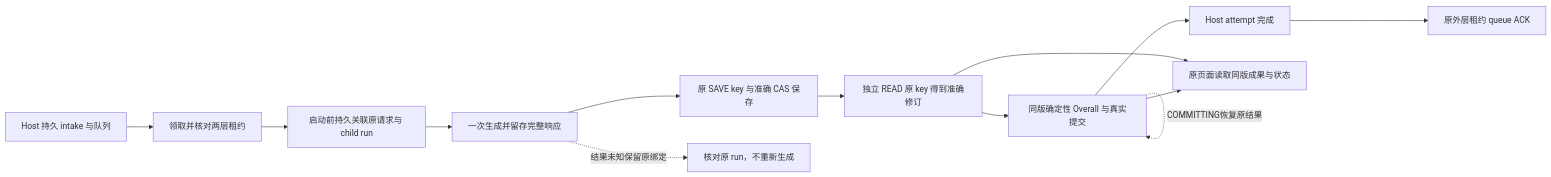
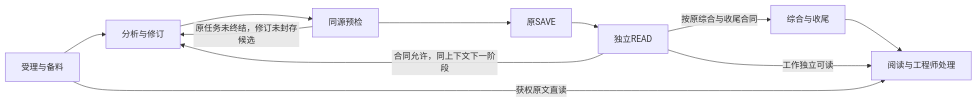
Before and after one commit to Liu-Xuan/WiseLink_Host: the second of 2 diagrams in docs/WISELINK_MAINLINE_GRAPH_CONTRACT.md, drawn with Mermaid. The commit also changed other lines of this file and 32 other files, not shown here.

````diff
--- a/docs/WISELINK_MAINLINE_GRAPH_CONTRACT.md
+++ b/docs/WISELINK_MAINLINE_GRAPH_CONTRACT.md
@@ -204,15 +37,13 @@
 ```mermaid
 flowchart LR
-    Q[Host 持久 intake 与队列] --> A[领取并核对两层租约]
-    A --> P[启动前持久关联原请求与 child run]
-    P --> G[一次生成并留存完整响应]
-    G --> S[原 SAVE key 与准确 CAS 保存]
-    S --> R[独立 READ 原 key 得到准确修订]
-    R --> O[同版确定性 Overall 与真实提交]
-    O --> F[Host attempt 完成]
-    F --> K[原外层租约 queue ACK]
-    R --> V[原页面读取同版成果与状态]
-    O --> V
-    G -.结果未知保留原绑定.-> U[核对原 run，不重新生成]
-    O -.COMMITTING恢复原结果.-> O
+    I[受理与备料] --> A[分析与修订]
+    A --> C[同源预检]
+    C -->|原任务未终结，修订未封存候选| A
+    C --> S[原SAVE]
+    S --> R[独立READ]
+    R -->|按原综合与收尾合同| O[综合与收尾]
+    R -->|合同允许，同上下文下一阶段| A
+    O --> V[阅读与工程师处理]
+    R -->|工作独立可读| V
+    I -->|获权原文直读| V
 ```
````
